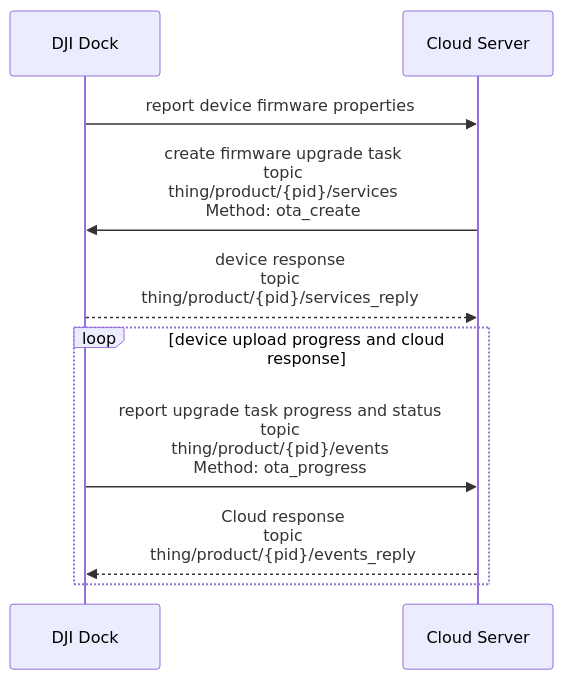
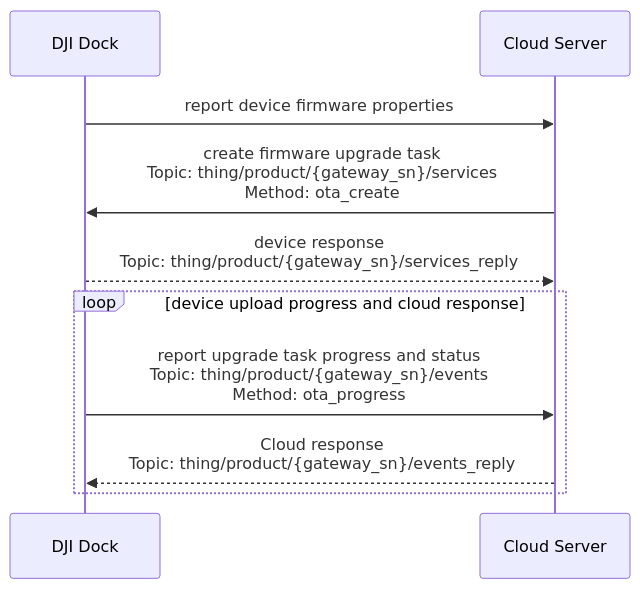
The diagram in docs/en/30.feature-set/20.dock-feature-set/80.firmware-upgrade.md (dji-sdk/Cloud-API-Doc), drawn with Mermaid before and after one commit. The commit also changed other lines of this file and 72 other files, not shown here.

`````diff
--- a/docs/en/30.feature-set/20.dock-feature-set/80.firmware-upgrade.md
+++ b/docs/en/30.feature-set/20.dock-feature-set/80.firmware-upgrade.md
@@ -15,18 +15,18 @@
 ````mermaid
 sequenceDiagram
 
 participant client as DJI Dock
 participant app_server as Cloud Server
 
 client ->> app_server : report device firmware properties
 
-app_server ->> client : create firmware upgrade task<br/>topic<br/>thing/product/{pid}/services<br/>Method: ota_create
-client -->> app_server : device response<br/>topic<br/> thing/product/{pid}/services_reply
+app_server ->> client : create firmware upgrade task<br/>Topic: thing/product/{gateway_sn}/services<br/>Method: ota_create
+client -->> app_server : device response<br/>Topic: thing/product/{gateway_sn}/services_reply
 
 loop device upload progress and cloud response
 
-client ->> app_server : report upgrade task progress and status<br/>topic<br/> thing/product/{pid}/events<br/>Method: ota_progress
-app_server -->> client : Cloud response<br/>topic<br/>thing/product/{pid}/events_reply
+client ->> app_server : report upgrade task progress and status<br/>Topic: thing/product/{gateway_sn}/events<br/>Method: ota_progress
+app_server -->> client : Cloud response<br/>Topic: thing/product/{gateway_sn}/events_reply
 
 end
 ````
`````
